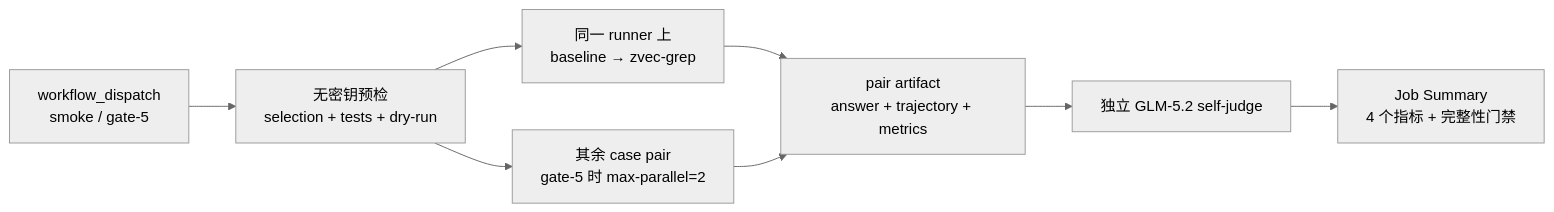
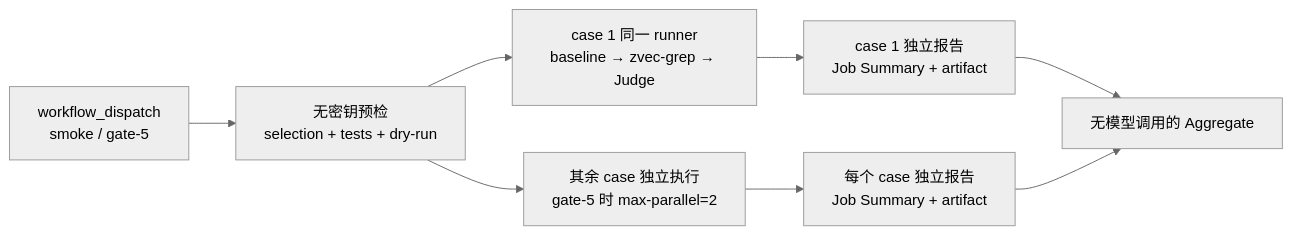
Before and after one commit to zvec-ai/zvec-grep: the diagram in benchmarks/coding/SWE_QA_CI.md, drawn with Mermaid (neutral theme). The commit also changed other lines of this file and 4 other files, not shown here.

````diff
--- a/benchmarks/coding/SWE_QA_CI.md
+++ b/benchmarks/coding/SWE_QA_CI.md
@@ -21,10 +21,10 @@
 ```mermaid
 flowchart LR
     D["workflow_dispatch<br/>smoke / gate-5"] --> V["无密钥预检<br/>selection + tests + dry-run"]
-    V --> P1["同一 runner 上<br/>baseline → zvec-grep"]
-    V --> P2["其余 case pair<br/>gate-5 时 max-parallel=2"]
-    P1 --> A["pair artifact<br/>answer + trajectory + metrics"]
-    P2 --> A
-    A --> J["独立 GLM-5.2 self-judge"]
-    J --> R["Job Summary<br/>4 个指标 + 完整性门禁"]
+    V --> P1["case 1 同一 runner<br/>baseline → zvec-grep → Judge"]
+    V --> P2["其余 case 独立执行<br/>gate-5 时 max-parallel=2"]
+    P1 --> R1["case 1 独立报告<br/>Job Summary + artifact"]
+    P2 --> RN["每个 case 独立报告<br/>Job Summary + artifact"]
+    R1 --> A["无模型调用的 Aggregate"]
+    RN --> A
 ```
````
